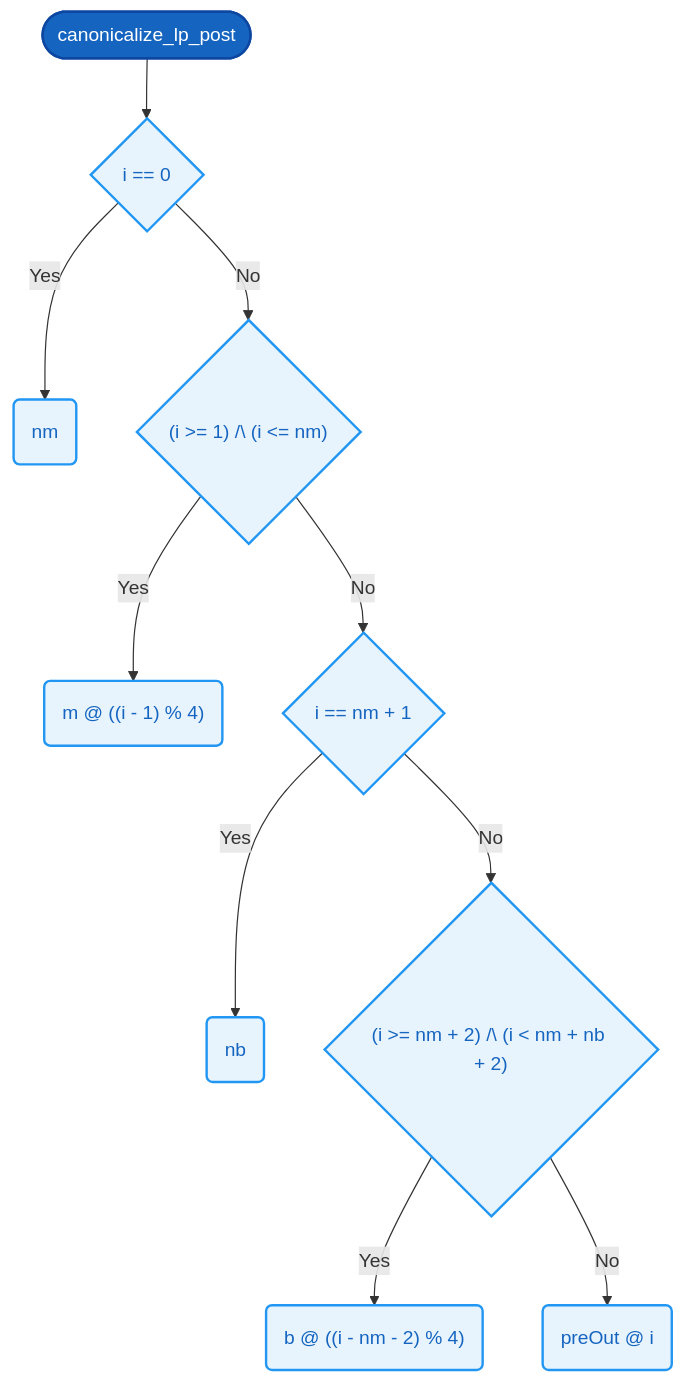
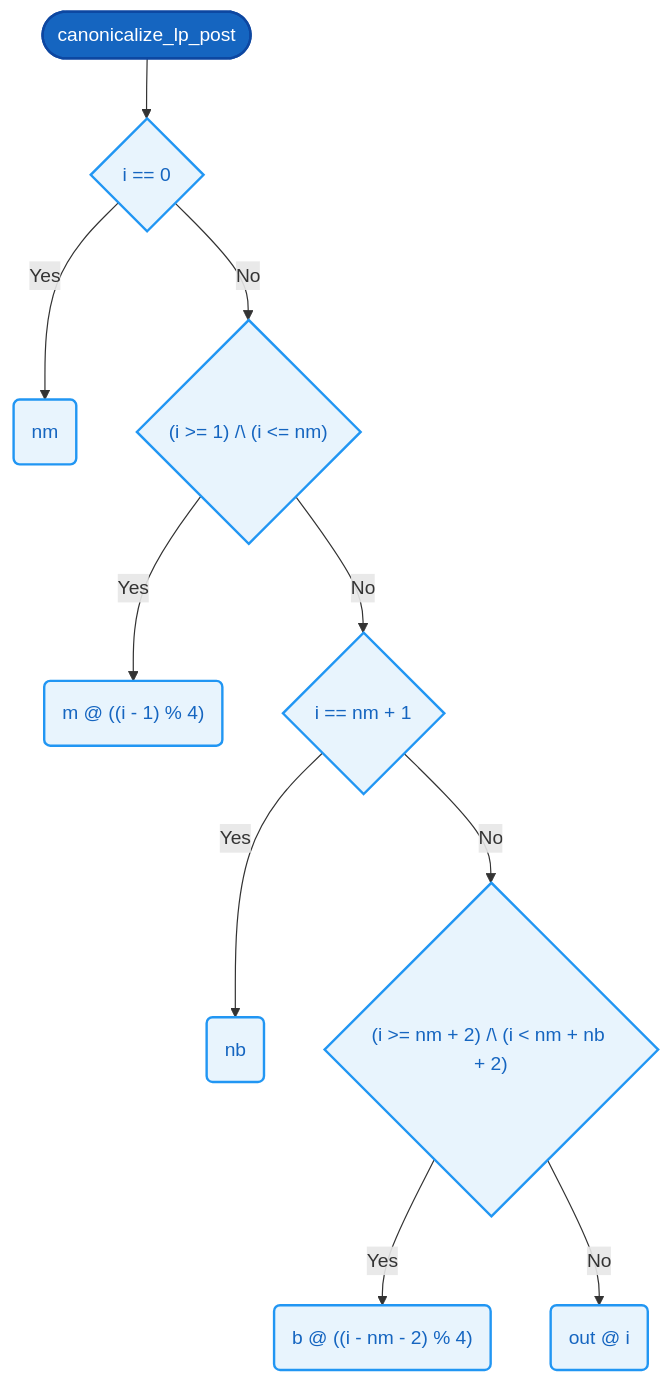
The diagram in docs/functions/canonicalize_lp_post.md (AmeliaRose802/formal-verification-demo-protocol), drawn with Mermaid before and after one commit. The commit also changed other lines of this file and 35 other files, not shown here.

````diff
--- a/docs/functions/canonicalize_lp_post.md
+++ b/docs/functions/canonicalize_lp_post.md
@@ -58,15 +66,15 @@
 ```mermaid
 flowchart TD
   Start(["canonicalize_lp_post"])
   Start --> C0{"i == 0"}
   C0 -->|Yes| R0("nm")
   C0 -->|No| C1{"(i >= 1)      /\ (i <= nm)"}
   C1 -->|Yes| R1("m @ ((i - 1) % 4)")
   C1 -->|No| C2{"i == nm + 1"}
   C2 -->|Yes| R2("nb")
   C2 -->|No| C3{"(i >= nm + 2) /\ (i < nm + nb + 2)"}
   C3 -->|Yes| R3("b @ ((i - nm - 2) % 4)")
-  C3 -->|No| R4("preOut @ i")
+  C3 -->|No| R4("out @ i")
   classDef default fill:#e8f4fd,stroke:#2196F3,stroke-width:2px,color:#1565C0
   style Start fill:#1565C0,stroke:#0D47A1,color:#fff,stroke-width:2px
 ```
````
